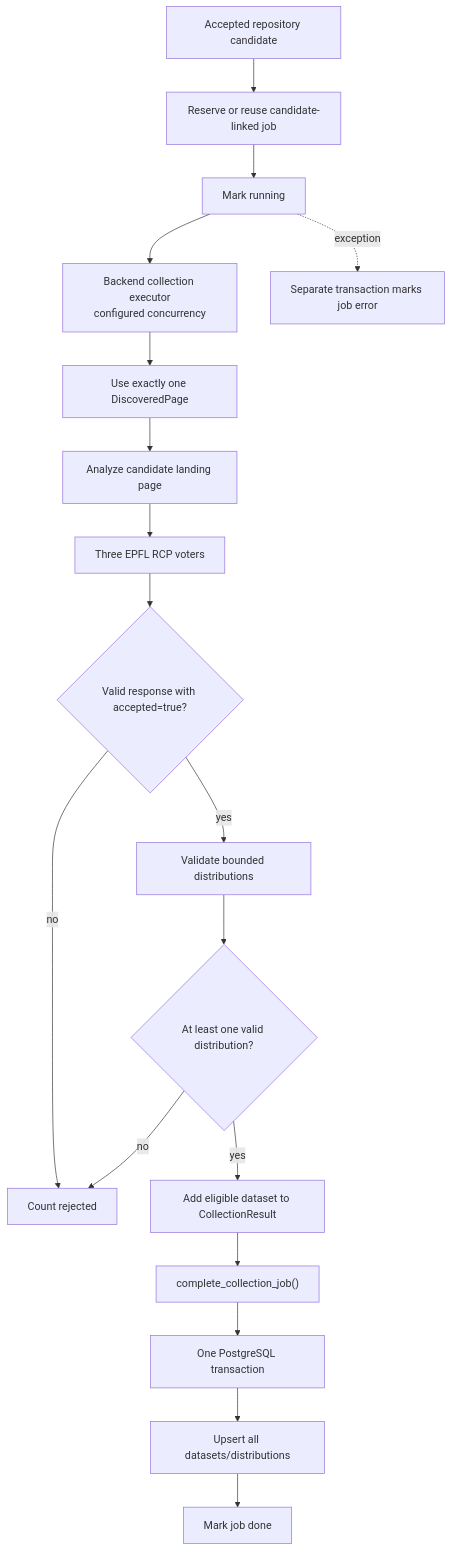
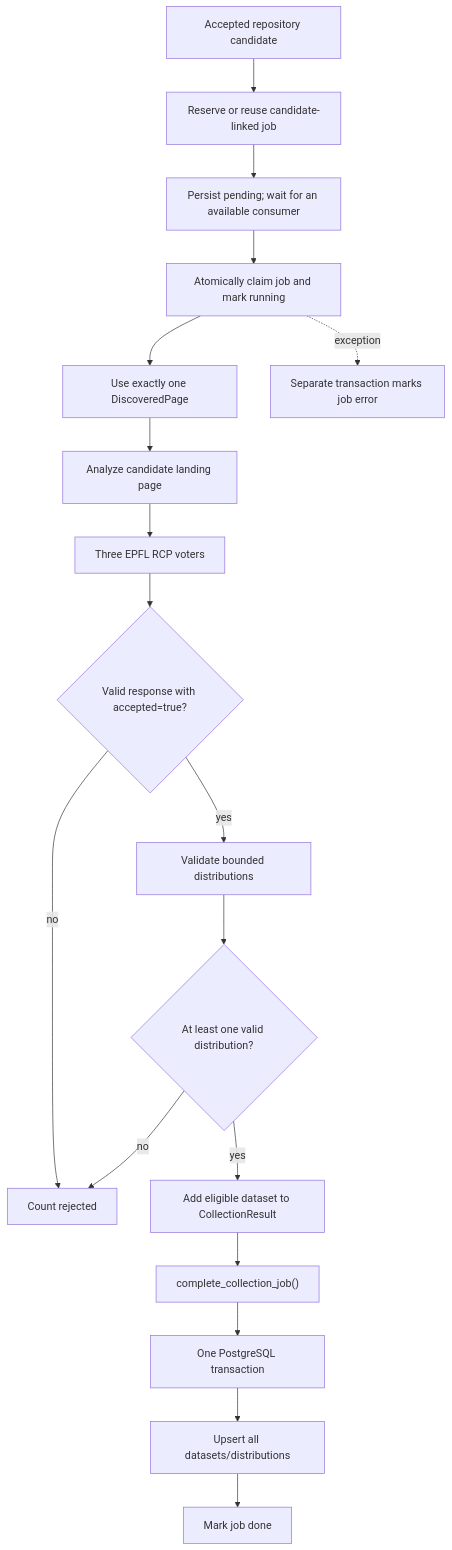
The fourth of 4 diagrams in docs/technical-design-document.md (nicolasberlin/global-health-dataset-catalog), drawn with Mermaid before and after one commit. The commit also changed other lines of this file and 18 other files, not shown here.

Commit message:
Persist collection dispatch and make accepted classification reads idempotent

````diff
--- a/docs/technical-design-document.md
+++ b/docs/technical-design-document.md
@@ -214,20 +216,20 @@
 ```mermaid
 flowchart TD
     Automatic["Accepted repository candidate"] --> AutoPending["Reserve or reuse candidate-linked job"]
-    AutoPending --> Running["Mark running"]
-    Running --> Bounded["Backend collection executor<br/>configured concurrency"]
-    Bounded --> Single["Use exactly one DiscoveredPage"]
+    AutoPending --> Bounded["Persist pending; wait for an available consumer"]
+    Bounded --> Running["Atomically claim job and mark running"]
+    Running --> Single["Use exactly one DiscoveredPage"]
     Single --> Analyze["Analyze candidate landing page"]
     Analyze --> PageClassifier["Three EPFL RCP voters"]
     PageClassifier --> Accepted{"Valid response with accepted=true?"}
     Accepted -->|no| Reject["Count rejected"]
     Accepted -->|yes| Validate["Validate bounded distributions"]
     Validate --> HasFile{"At least one valid distribution?"}
     HasFile -->|no| Reject
     HasFile -->|yes| Result["Add eligible dataset to CollectionResult"]
     Result --> Complete["complete_collection_job()"]
     Complete --> Transaction["One PostgreSQL transaction"]
     Transaction --> Save["Upsert all datasets/distributions"]
     Save --> Done["Mark job done"]
     Running -. exception .-> Error["Separate transaction marks job error"]
 ```
````
